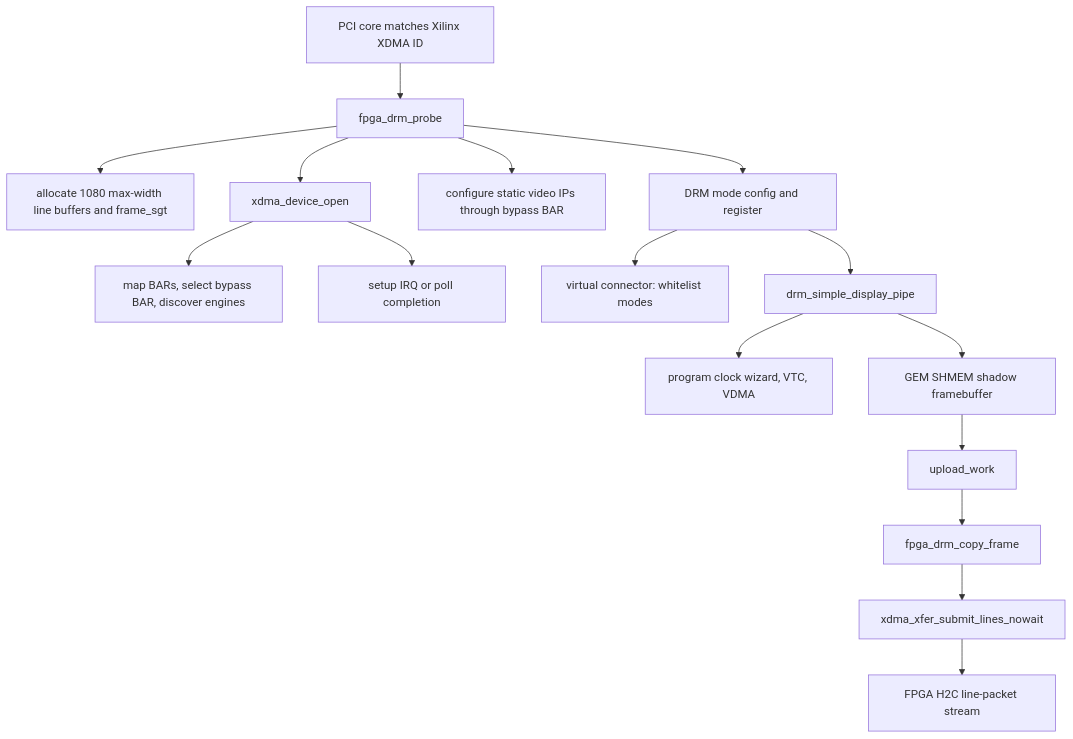
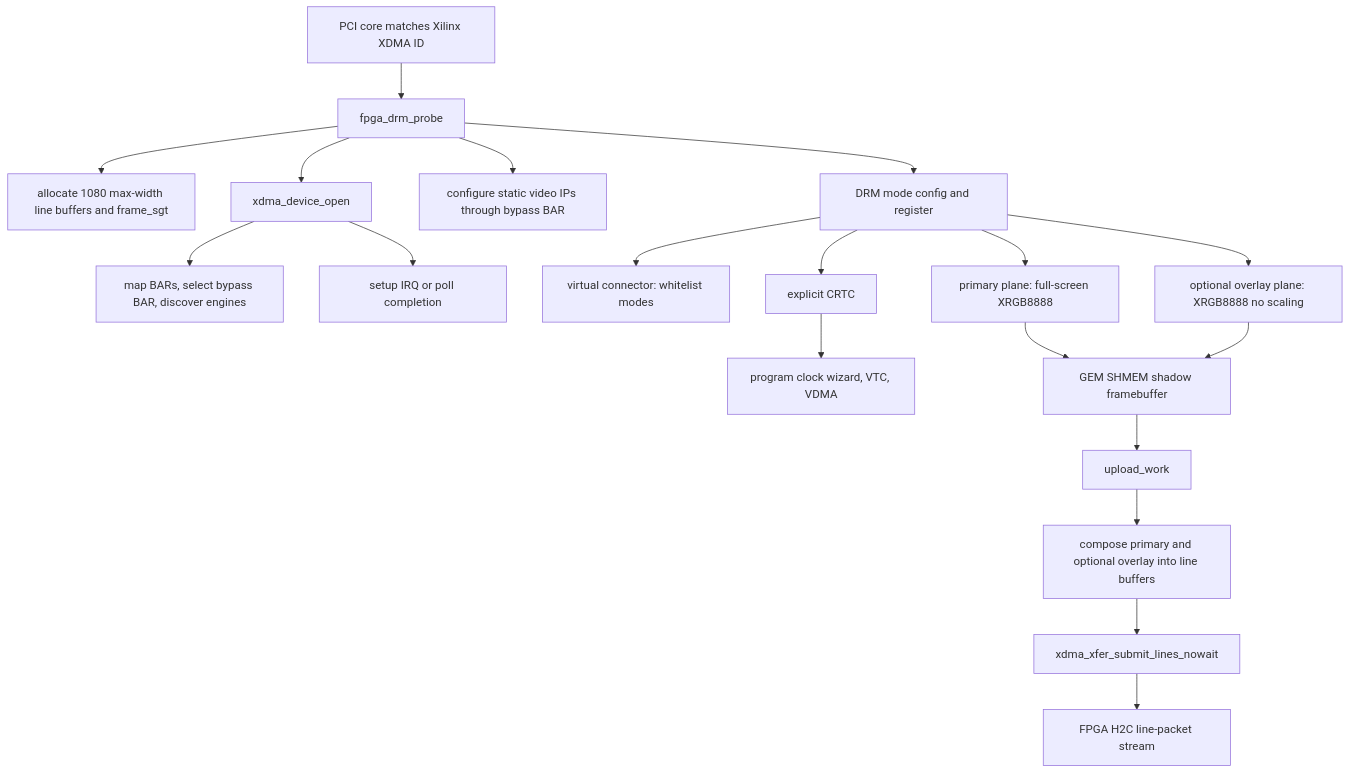
The diagram in doc/Linux_DRM_Driver_AI_GEN_documents/driver_architecture.md (alpkoyun/Simple-Display-Controller), drawn with Mermaid before and after one commit. The commit also changed other lines of this file and 15 other files, not shown here.

Commit message:
changed the kms mechanism to have plane crtc etc different object insteaf of simple pipe

````diff
--- a/doc/Linux_DRM_Driver_AI_GEN_documents/driver_architecture.md
+++ b/doc/Linux_DRM_Driver_AI_GEN_documents/driver_architecture.md
@@ -76,18 +76,21 @@
 ```mermaid
 flowchart TD
     PCI[PCI core matches Xilinx XDMA ID] --> Probe[fpga_drm_probe]
     Probe --> Buffers[allocate 1080 max-width line buffers and frame_sgt]
     Probe --> XDMA[xdma_device_open]
     XDMA --> BAR[map BARs, select bypass BAR, discover engines]
     XDMA --> IRQ[setup IRQ or poll completion]
     Probe --> VP[configure static video IPs through bypass BAR]
     Probe --> DRM[DRM mode config and register]
     DRM --> Conn[virtual connector: whitelist modes]
-    DRM --> Pipe[drm_simple_display_pipe]
-    Pipe --> Modeset[program clock wizard, VTC, VDMA]
-    Pipe --> Shadow[GEM SHMEM shadow framebuffer]
+    DRM --> CRTC[explicit CRTC]
+    DRM --> Primary[primary plane: full-screen XRGB8888]
+    DRM --> Overlay[optional overlay plane: XRGB8888 no scaling]
+    CRTC --> Modeset[program clock wizard, VTC, VDMA]
+    Primary --> Shadow[GEM SHMEM shadow framebuffer]
+    Overlay --> Shadow
     Shadow --> Work[upload_work]
-    Work --> Copy[fpga_drm_copy_frame]
+    Work --> Copy[compose primary and optional overlay into line buffers]
     Copy --> Submit[xdma_xfer_submit_lines_nowait]
     Submit --> FPGA[FPGA H2C line-packet stream]
 ```
````
